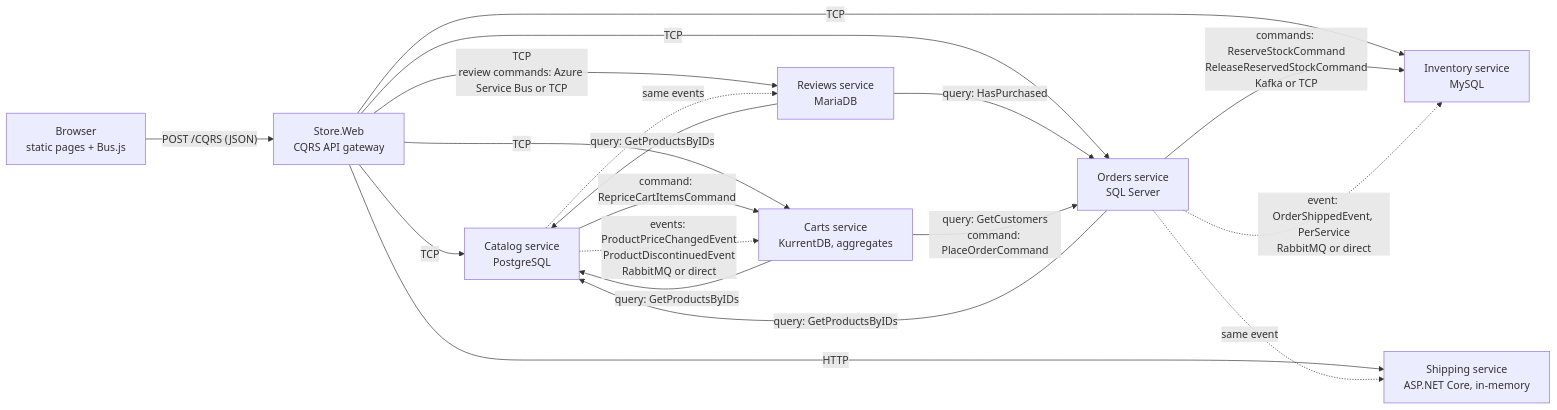
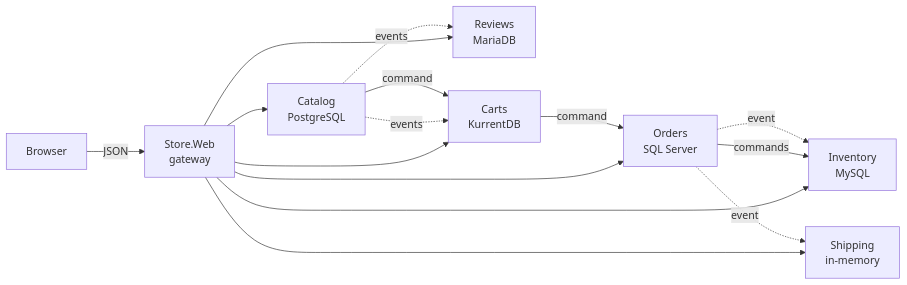
Before and after one commit to szawaski/Zerra: the diagram in Demo/Store/README.md, drawn with Mermaid. The commit also changed other lines of this file and 5 other files, not shown here.

````diff
--- a/Demo/Store/README.md
+++ b/Demo/Store/README.md
@@ -5,21 +7,17 @@
 ```mermaid
 flowchart LR
-    Browser["Browser<br/>static pages + Bus.js"] -- "POST /CQRS (JSON)" --> Web["Store.Web<br/>CQRS API gateway"]
-    Web -- "TCP" --> Catalog["Catalog service<br/>PostgreSQL"]
-    Web -- "TCP" --> Inventory["Inventory service<br/>MySQL"]
-    Web -- "TCP" --> Orders["Orders service<br/>SQL Server"]
-    Web -- "TCP<br/>review commands: Azure Service Bus or TCP" --> Reviews["Reviews service<br/>MariaDB"]
-    Web -- "HTTP" --> Shipping["Shipping service<br/>ASP.NET Core, in-memory"]
-    Orders -- "query: GetProductsByIDs" --> Catalog
-    Orders -- "commands: ReserveStockCommand<br/>ReleaseReservedStockCommand<br/>Kafka or TCP" --> Inventory
-    Orders -. "event: OrderShippedEvent, PerService<br/>RabbitMQ or direct" .-> Inventory
-    Orders -. "same event" .-> Shipping
-    Reviews -- "query: GetProductsByIDs" --> Catalog
-    Reviews -- "query: HasPurchased" --> Orders
-    Web -- "TCP" --> Carts["Carts service<br/>KurrentDB, aggregates"]
-    Carts -- "query: GetProductsByIDs" --> Catalog
-    Carts -- "query: GetCustomers<br/>command: PlaceOrderCommand" --> Orders
-    Catalog -- "command: RepriceCartItemsCommand" --> Carts
-    Catalog -. "events: ProductPriceChangedEvent<br/>ProductDiscontinuedEvent<br/>RabbitMQ or direct" .-> Carts
-    Catalog -. "same events" .-> Reviews
+    Browser["Browser"] -- JSON --> Web["Store.Web<br/>gateway"]
+    Web --> Catalog["Catalog<br/>PostgreSQL"]
+    Web --> Inventory["Inventory<br/>MySQL"]
+    Web --> Orders["Orders<br/>SQL Server"]
+    Web --> Reviews["Reviews<br/>MariaDB"]
+    Web --> Shipping["Shipping<br/>in-memory"]
+    Web --> Carts["Carts<br/>KurrentDB"]
+    Orders -- commands --> Inventory
+    Orders -. event .-> Inventory
+    Orders -. event .-> Shipping
+    Catalog -. events .-> Carts
+    Catalog -. events .-> Reviews
+    Catalog -- command --> Carts
+    Carts -- command --> Orders
 ```
````
